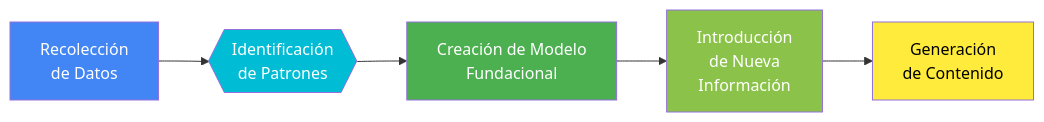
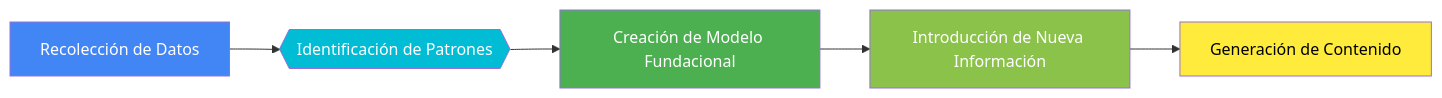
One commit to jllorian/curso-ia-docentes changed the first of 2 diagrams in curso-ia-luarca-slides/slides.md. Above: the diagram before and after it, drawn with Mermaid. The commit also changed other lines of this file and 1 other file, not shown here.

Commit message:
Agregar nueva imagen "homer-triangulo.png" y actualizar slides.md con contenido sobre inferencia de modelos

````diff
--- a/curso-ia-luarca-slides/slides.md
+++ b/curso-ia-luarca-slides/slides.md
@@ -216,13 +214,13 @@
 ```mermaid {theme: 'default', alt: 'Construcción de Modelo Fundacional', scale: 0.60}
   flowchart LR
-  A[Recolección\nde Datos]:::blue --> B{{Identificación\nde Patrones}}:::cyan
-  B --> C[Creación de Modelo\nFundacional]:::green
-  C --> D[Introducción\nde Nueva\nInformación]:::lime
-  D --> E[Generación\nde Contenido]:::yellow
+  A[Recolección de Datos]:::blue --> B{{Identificación de Patrones}}:::cyan
+  B --> C[Creación de Modelo Fundacional]:::green
+  C --> D[Introducción de Nueva Información]:::lime
+  D --> E[Generación de Contenido]:::yellow
 
   classDef blue fill:#4285F4,color:white
   classDef cyan fill:#00BCD4,color:white
   classDef green fill:#4CAF50,color:white
   classDef lime fill:#8BC34A,color:white
   classDef yellow fill:#FFEB3B,color:black
 ```
````
